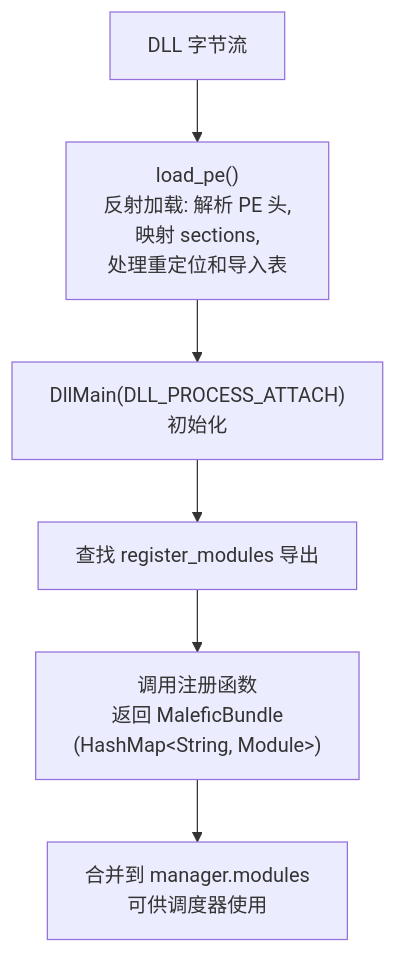
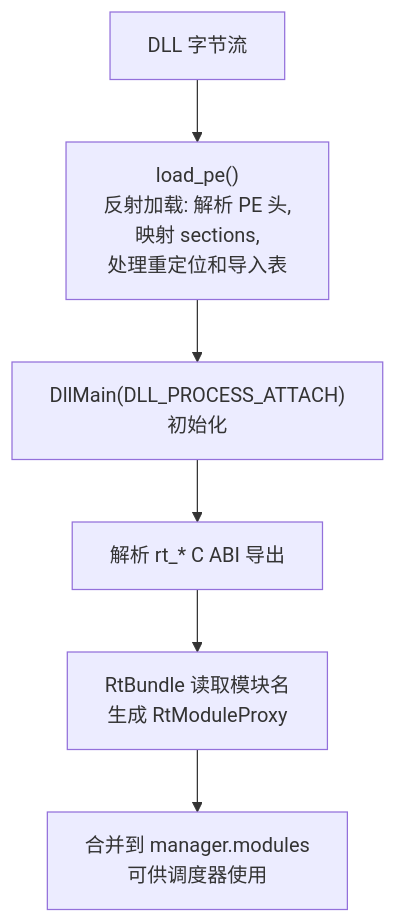
Before and after one commit to chainreactors/wiki: the seventh of 9 diagrams in docs/malefic/getting-started/components/malefic.md, drawn with Mermaid. The commit also changed other lines of this file and 23 other files, not shown here.

````diff
--- a/docs/malefic/getting-started/components/malefic.md
+++ b/docs/malefic/getting-started/components/malefic.md
@@ -769,8 +771,8 @@
 ```mermaid
 graph TD
     DLL["DLL 字节流"] --> LOAD["load_pe()<br/>反射加载: 解析 PE 头,<br/>映射 sections,<br/>处理重定位和导入表"]
     LOAD --> INIT["DllMain(DLL_PROCESS_ATTACH)<br/>初始化"]
-    INIT --> FIND["查找 register_modules 导出"]
-    FIND --> CALL["调用注册函数<br/>返回 MaleficBundle<br/>(HashMap&lt;String, Module&gt;)"]
-    CALL --> MERGE["合并到 manager.modules<br/>可供调度器使用"]
+    INIT --> FIND["解析 rt_* C ABI 导出"]
+    FIND --> BUNDLE["RtBundle 读取模块名<br/>生成 RtModuleProxy"]
+    BUNDLE --> MERGE["合并到 manager.modules<br/>可供调度器使用"]
 ```
````
